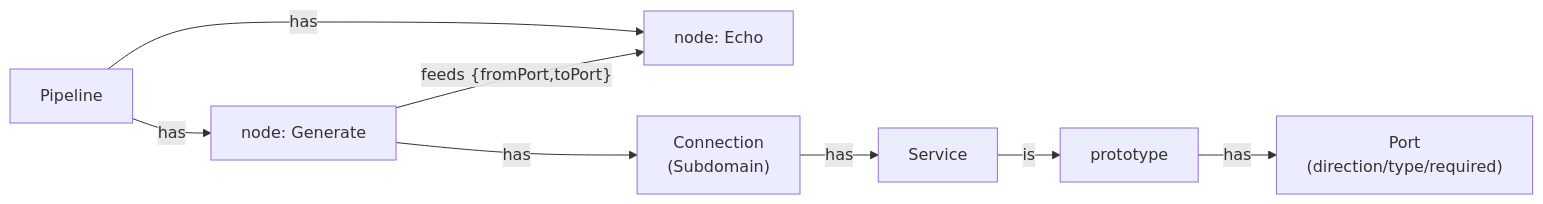
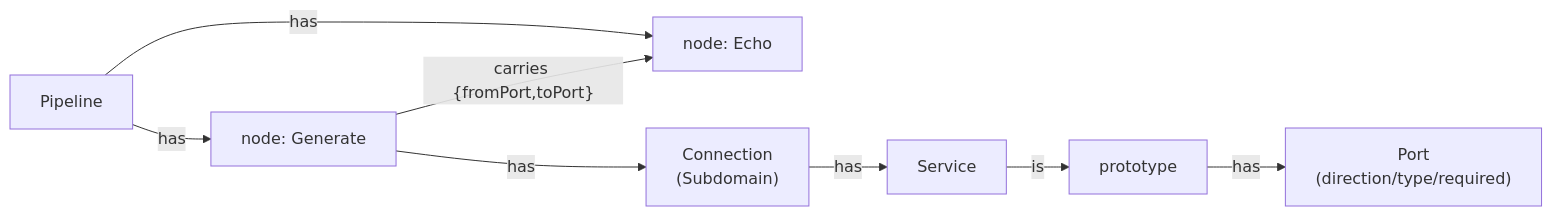
Before and after one commit to ReGen-Villages/VillageOS-API: the second of 3 diagrams in docs/SERVICES.md, drawn with Mermaid. The commit also changed other lines of this file and 10 other files, not shown here.

````diff
--- a/docs/SERVICES.md
+++ b/docs/SERVICES.md
@@ -992,10 +992,10 @@
 ```mermaid
 graph LR
   PIPE[Pipeline] -->|has| N1[node: Generate]
   PIPE -->|has| N2[node: Echo]
-  N1 -->|"feeds {fromPort,toPort}"| N2
+  N1 -->|"carries {fromPort,toPort}"| N2
   N1 -->|has| C1["Connection<br/>(Subdomain)"]
   C1 -->|has| S1[Service]
   S1 -->|is| PROTO[prototype]
   PROTO -->|has| PORT["Port<br/>(direction/type/required)"]
 ```
````
